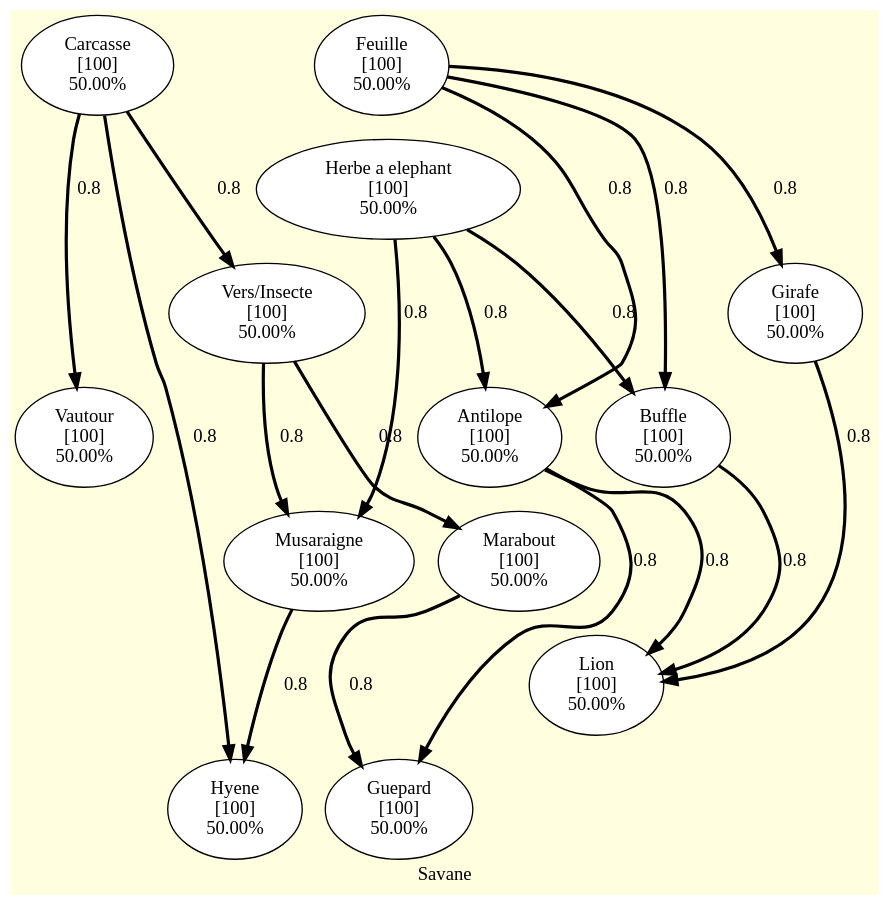
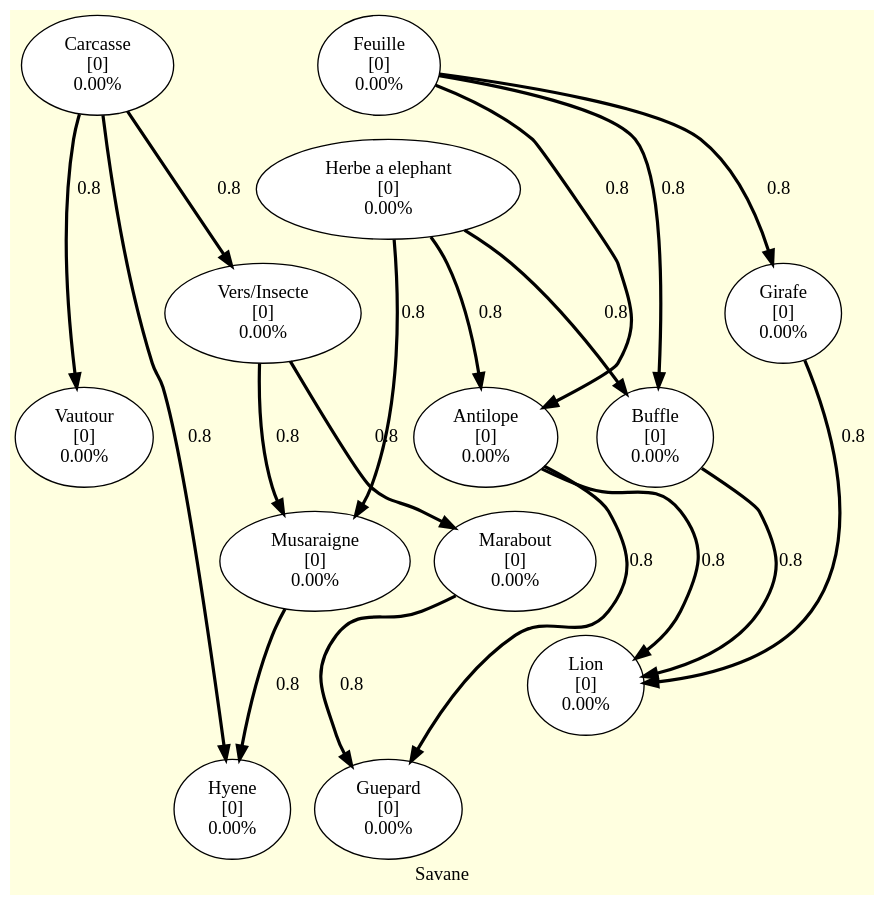
Before and after one commit to GTHBgaby/4H-ReseauxTrophiques: the diagram in GrapheDOT/Savane.dot, drawn with Graphviz. The commit also changed 3 other files, not shown here.

Commit message:
Lien avec menu + correction trop de zero dans Graph, manque lien dans mes fonctions

```diff
--- a/GrapheDOT/Savane.dot
+++ b/GrapheDOT/Savane.dot
@@ -1,65 +1,65 @@
 digraph multigraphe {
     rankdir=TB; // du haut vers le bas
     compound=true;
     newrank=true;
 
     label = "Savane";
     bgcolor = "lightyellow";
     node [shape=ellipse, style=filled, fillcolor=white];
 
-    "Musaraigne" [label="Musaraigne\n[100]\n50.00%"]
-    "Herbe a elephant" [label="Herbe a elephant\n[100]\n50.00%"]
-    "Antilope" [label="Antilope\n[100]\n50.00%"]
-    "Buffle" [label="Buffle\n[100]\n50.00%"]
-    "Feuille" [label="Feuille\n[100]\n50.00%"]
-    "Girafe" [label="Girafe\n[100]\n50.00%"]
-    "Vers/Insecte" [label="Vers/Insecte\n[100]\n50.00%"]
-    "Carcasse" [label="Carcasse\n[100]\n50.00%"]
-    "Hyene" [label="Hyene\n[100]\n50.00%"]
-    "Vautour" [label="Vautour\n[100]\n50.00%"]
-    "Marabout" [label="Marabout\n[100]\n50.00%"]
-    "Guepard" [label="Guepard\n[100]\n50.00%"]
-    "Lion" [label="Lion\n[100]\n50.00%"]
+    "Musaraigne" [label="Musaraigne\n[0]\n0.00%"]
+    "Herbe a elephant" [label="Herbe a elephant\n[0]\n0.00%"]
+    "Antilope" [label="Antilope\n[0]\n0.00%"]
+    "Buffle" [label="Buffle\n[0]\n0.00%"]
+    "Feuille" [label="Feuille\n[0]\n0.00%"]
+    "Girafe" [label="Girafe\n[0]\n0.00%"]
+    "Vers/Insecte" [label="Vers/Insecte\n[0]\n0.00%"]
+    "Carcasse" [label="Carcasse\n[0]\n0.00%"]
+    "Hyene" [label="Hyene\n[0]\n0.00%"]
+    "Vautour" [label="Vautour\n[0]\n0.00%"]
+    "Marabout" [label="Marabout\n[0]\n0.00%"]
+    "Guepard" [label="Guepard\n[0]\n0.00%"]
+    "Lion" [label="Lion\n[0]\n0.00%"]
 
     // Relations
     "Herbe a elephant"->"Musaraigne" [label="0.8", weight=0.8, penwidth=2.4]
     "Herbe a elephant"->"Antilope" [label="0.8", weight=0.8, penwidth=2.4]
     "Herbe a elephant"->"Buffle" [label="0.8", weight=0.8, penwidth=2.4]
 
     "Feuille"->"Antilope" [label="0.8", weight=0.8, penwidth=2.4]
     "Feuille"->"Buffle" [label="0.8", weight=0.8, penwidth=2.4]
     "Feuille"->"Girafe" [label="0.8", weight=0.8, penwidth=2.4]
 
     "Carcasse"->"Vers/Insecte" [label="0.8", weight=0.8, penwidth=2.4]
     "Carcasse"->"Hyene" [label="0.8", weight=0.8, penwidth=2.4]
     "Carcasse" ->"Vautour" [label="0.8", weight=0.8, penwidth=2.4]
 
     "Vers/Insecte" ->"Marabout" [label="0.8", weight=0.8, penwidth=2.4]
     "Vers/Insecte"->"Musaraigne" [label="0.8", weight=0.8, penwidth=2.4]
 
     "Marabout" ->"Guepard" [label="0.8", weight=0.8, penwidth=2.4]
 
     "Musaraigne"->"Hyene" [label="0.8", weight=0.8, penwidth=2.4]
 
     "Antilope"->"Guepard" [label="0.8", weight=0.8, penwidth=2.4]
     "Antilope" ->"Lion" [label="0.8", weight=0.8, penwidth=2.4]
 
     "Buffle" ->"Lion" [label="0.8", weight=0.8, penwidth=2.4]
 
     "Girafe" ->"Lion" [label="0.8", weight=0.8, penwidth=2.4]
 
    // Force la disposition
     {rank=same; "Herbe a elephant"}
     {rank=same; Feuille}
     {rank=same; Carcasse}
     {rank=same; "Vers/Insecte"}
     {rank=same; Marabout}
     {rank=same; Musaraigne}
     {rank=same; Antilope}
     {rank=same; Buffle}
     {rank=same; Girafe}
     {rank=same; Hyene}
     {rank=same; Guepard}
     {rank=same; Lion}
     {rank=same; Vautour}
 }
```
